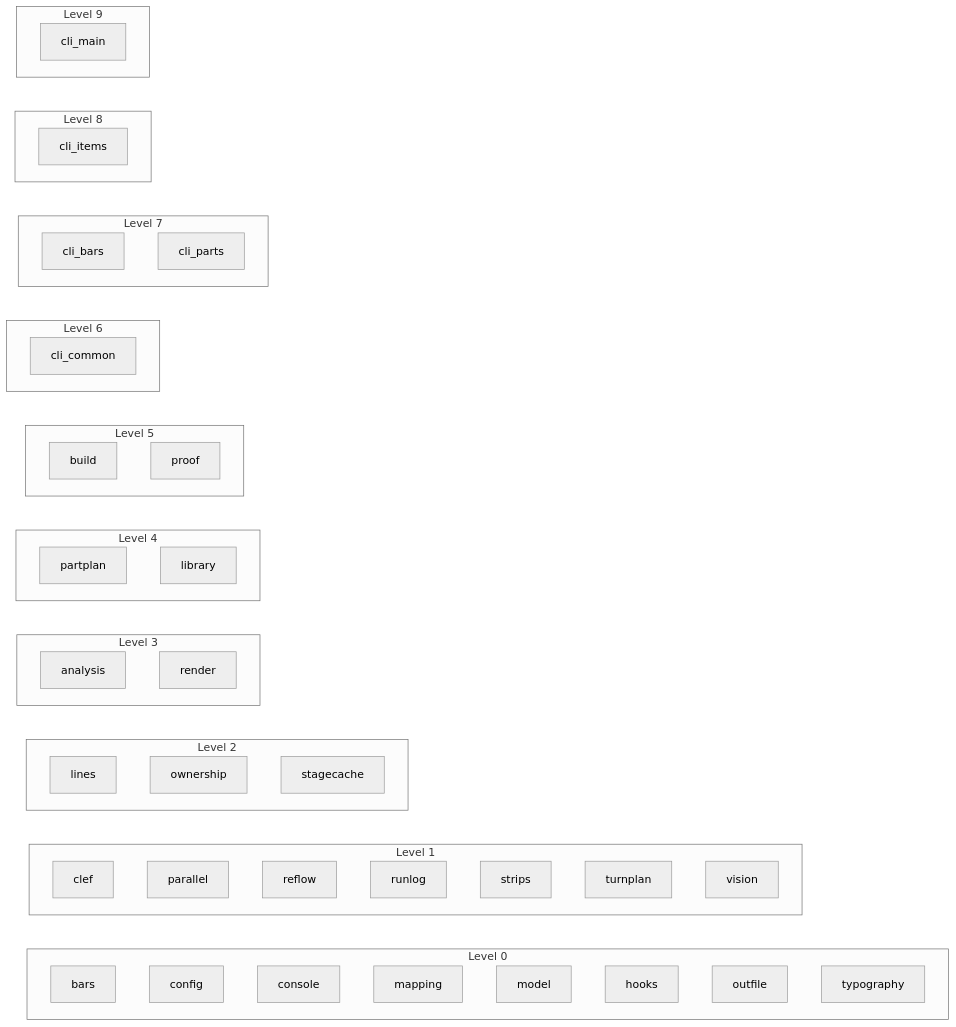
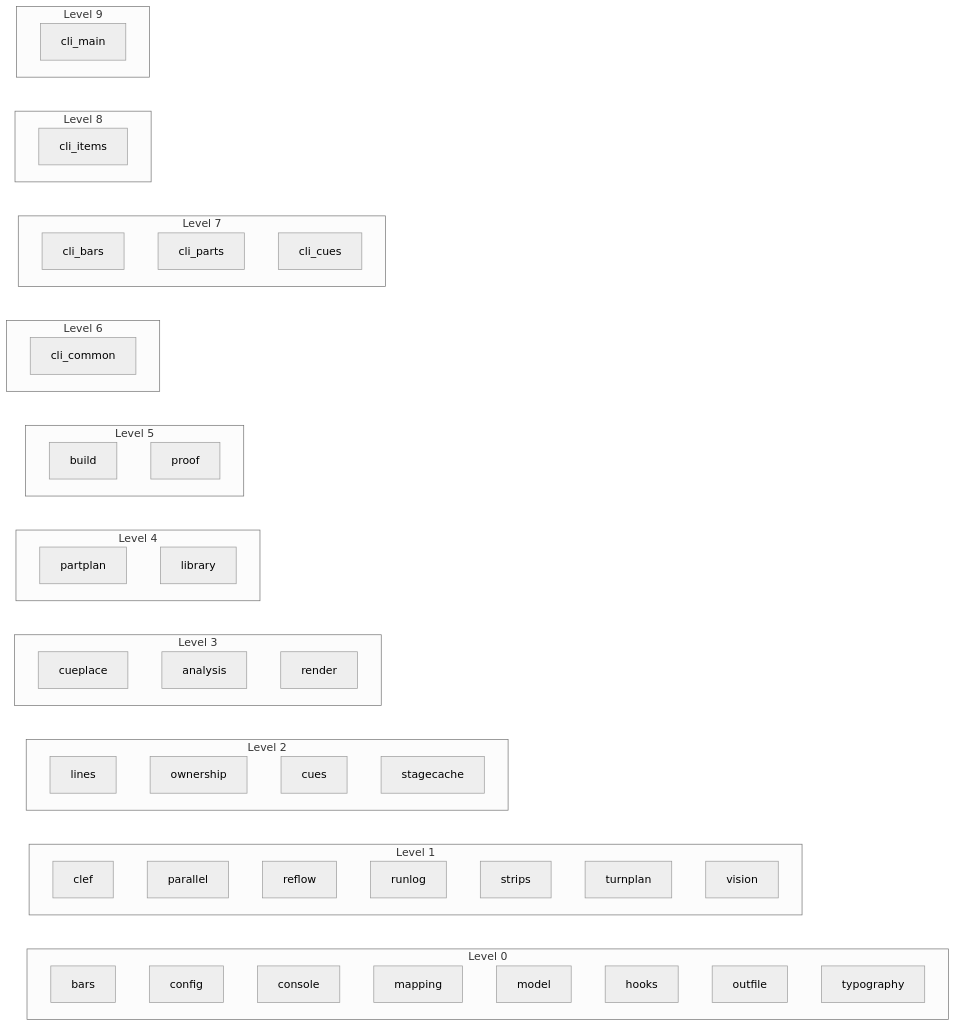
The third of 4 diagrams in docs/ARCHITECTURE.md (codexwilkes/partitor), drawn with Mermaid (neutral theme) before and after one commit. The commit also changed 27 other files, not shown here.

````diff
--- a/docs/ARCHITECTURE.md
+++ b/docs/ARCHITECTURE.md
@@ -81,61 +81,64 @@
 ```mermaid
 flowchart TB
   subgraph L9["Level 9"]
     cli_main["cli_main"]
   end
   subgraph L8["Level 8"]
     cli_items["cli_items"]
   end
   subgraph L7["Level 7"]
     cli_bars["cli_bars"]
     cli_parts["cli_parts"]
+    cli_cues["cli_cues"]
   end
   subgraph L6["Level 6"]
     cli_common["cli_common"]
   end
   subgraph L5["Level 5"]
     build["build"]
     proof["proof"]
   end
   subgraph L4["Level 4"]
     partplan["partplan"]
     library["library"]
   end
   subgraph L3["Level 3"]
+    cueplace["cueplace"]
     analysis["analysis"]
     render["render"]
   end
   subgraph L2["Level 2"]
     lines["lines"]
     ownership["ownership"]
+    cues["cues"]
     stagecache["stagecache"]
   end
   subgraph L1["Level 1"]
     clef["clef"]
     parallel["parallel"]
     reflow["reflow"]
     runlog["runlog"]
     strips["strips"]
     turnplan["turnplan"]
     vision["vision"]
   end
   subgraph L0["Level 0"]
     bars["bars"]
     config["config"]
     console["console"]
     mapping["mapping"]
     model["model"]
     hooks["hooks"]
     outfile["outfile"]
     typography["typography"]
   end
   cli_main ~~~ cli_items
   cli_items ~~~ cli_bars
   cli_bars ~~~ cli_common
   cli_common ~~~ build
   build ~~~ partplan
-  partplan ~~~ analysis
-  analysis ~~~ lines
+  partplan ~~~ cueplace
+  cueplace ~~~ lines
   lines ~~~ clef
   clef ~~~ bars
 ```
````
